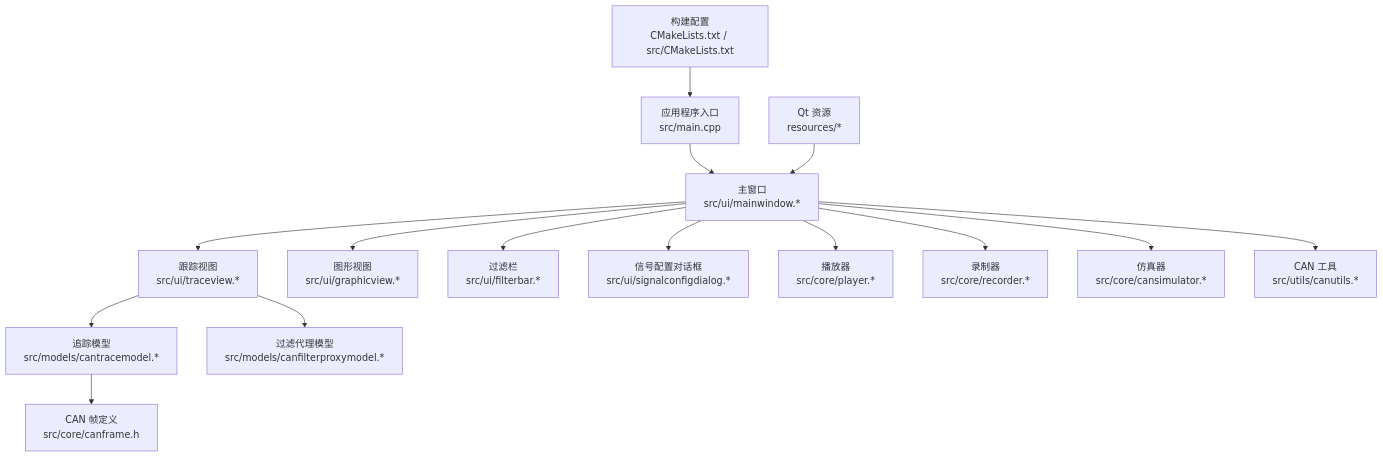
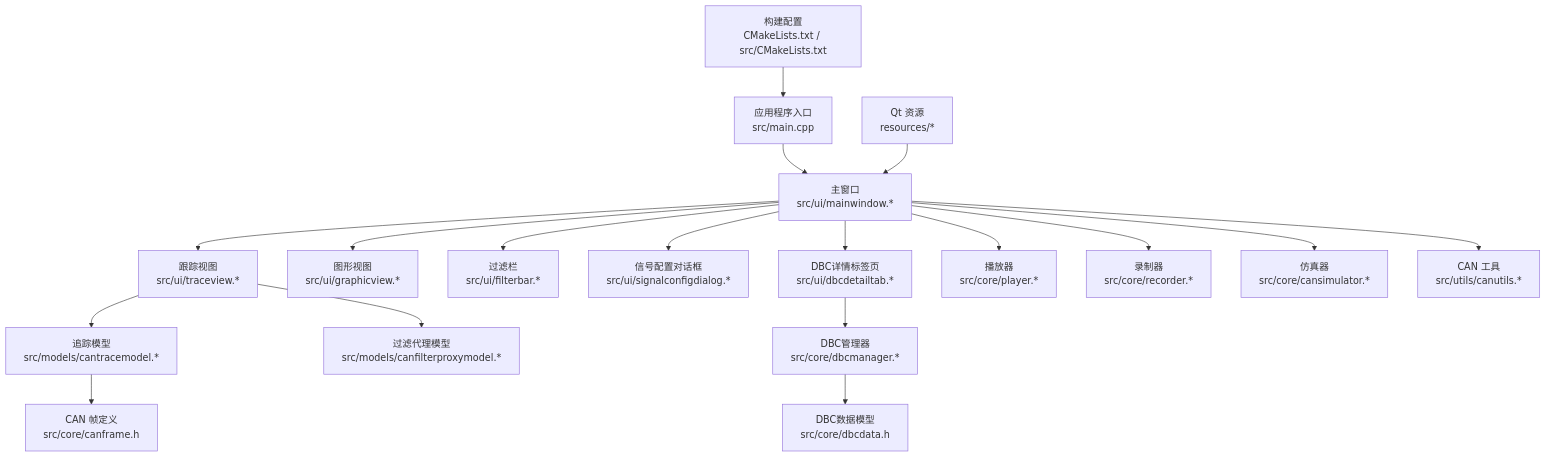
One commit to jakecai1225-design/OpenBus changed the first of 7 diagrams in .qoder/repowiki/zh/content/项目概述/CAN总线分析工具.md. Above: the diagram before and after it, drawn with Mermaid. The commit also changed other lines of this file and 215 other files, not shown here.

````diff
--- a/.qoder/repowiki/zh/content/项目概述/CAN总线分析工具.md
+++ b/.qoder/repowiki/zh/content/项目概述/CAN总线分析工具.md
@@ -59,17 +73,20 @@
 ```mermaid
 graph TB
 A["应用程序入口<br/>src/main.cpp"] --> B["主窗口<br/>src/ui/mainwindow.*"]
 B --> C["跟踪视图<br/>src/ui/traceview.*"]
 B --> D["图形视图<br/>src/ui/graphicview.*"]
 B --> E["过滤栏<br/>src/ui/filterbar.*"]
 B --> F["信号配置对话框<br/>src/ui/signalconfigdialog.*"]
-C --> G["追踪模型<br/>src/models/cantracemodel.*"]
-C --> H["过滤代理模型<br/>src/models/canfilterproxymodel.*"]
-G --> I["CAN 帧定义<br/>src/core/canframe.h"]
-B --> J["播放器<br/>src/core/player.*"]
-B --> K["录制器<br/>src/core/recorder.*"]
-B --> L["仿真器<br/>src/core/cansimulator.*"]
-B --> M["CAN 工具<br/>src/utils/canutils.*"]
-N["构建配置<br/>CMakeLists.txt / src/CMakeLists.txt"] --> A
-O["Qt 资源<br/>resources/*"] --> B
+B --> G["DBC详情标签页<br/>src/ui/dbcdetailtab.*"]
+C --> H["追踪模型<br/>src/models/cantracemodel.*"]
+C --> I["过滤代理模型<br/>src/models/canfilterproxymodel.*"]
+G --> J["DBC管理器<br/>src/core/dbcmanager.*"]
+H --> K["CAN 帧定义<br/>src/core/canframe.h"]
+J --> L["DBC数据模型<br/>src/core/dbcdata.h"]
+B --> M["播放器<br/>src/core/player.*"]
+B --> N["录制器<br/>src/core/recorder.*"]
+B --> O["仿真器<br/>src/core/cansimulator.*"]
+B --> P["CAN 工具<br/>src/utils/canutils.*"]
+Q["构建配置<br/>CMakeLists.txt / src/CMakeLists.txt"] --> A
+R["Qt 资源<br/>resources/*"] --> B
 ```
````
